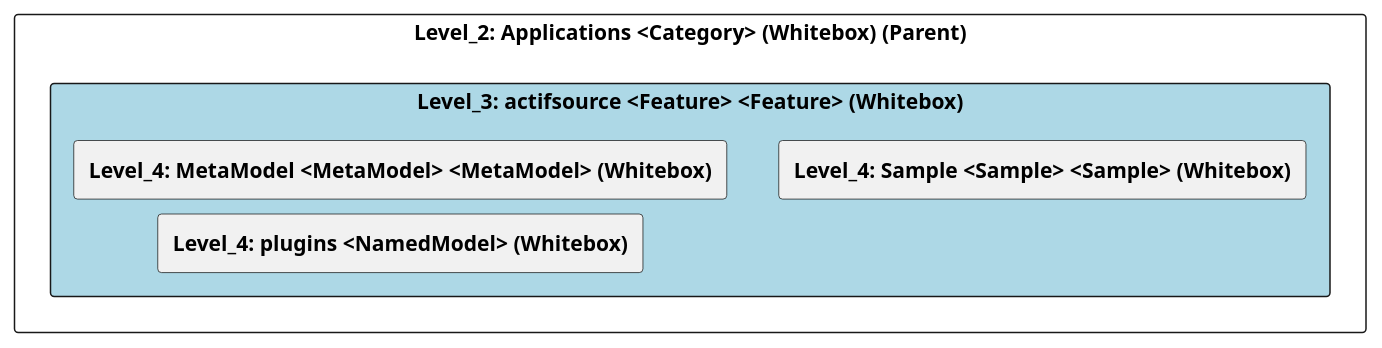
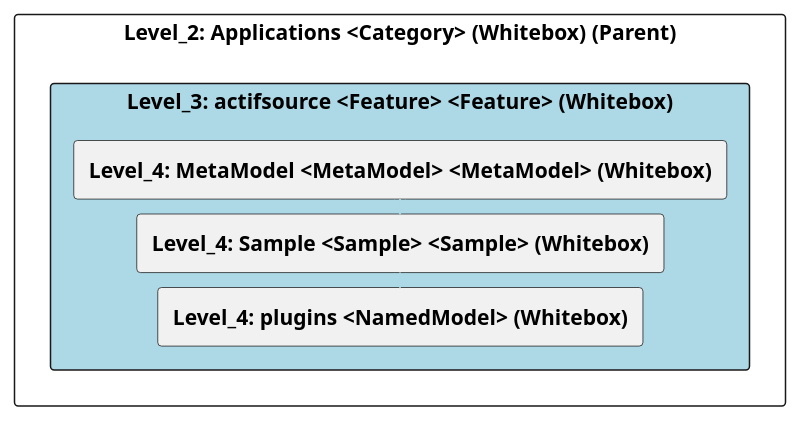
The diagram in doc/cleonproject_deliverables_architecture_model_architecture/adoc/de/05_bausteinsicht/cleon/applications/actifsource/ebene_3_actifsource.adoc (marcozwyssig/cleon), drawn with PlantUML before and after one commit. The commit also changed other lines of this file and 187 other files, not shown here.

```diff
--- a/doc/cleonproject_deliverables_architecture_model_architecture/adoc/de/05_bausteinsicht/cleon/applications/actifsource/ebene_3_actifsource.adoc
+++ b/doc/cleonproject_deliverables_architecture_model_architecture/adoc/de/05_bausteinsicht/cleon/applications/actifsource/ebene_3_actifsource.adoc
@@ -20,26 +20,30 @@
 [plantuml, Level_3: actifsource <Feature> <Feature> (Whitebox)BlockOverview, format="svg"]
 ----
 @startuml Level_3: actifsource <Feature> <Feature> (Whitebox)BuildingBlockOverview
 
 skinparam ranksep 10
 skinparam componentStyle rectangle
 skinparam shadowing false
 skinparam arrowColor lightblue
 skinparam arrowThickness 1.2
 skinparam rectangle {
   BackgroundColor White
   BorderColor #333
   RoundCorner 10
 }
 top to bottom direction
 
 component "Level_2: Applications <Category> (Whitebox) (Parent)" {
     component "Level_3: actifsource <Feature> <Feature> (Whitebox)" #lightblue {
         [**Level_4: MetaModel <MetaModel> <MetaModel> (Whitebox)**] as 4A56DE43_D579_11EE_903E_9F564E4DE07E
         [**Level_4: Sample <Sample> <Sample> (Whitebox)**] as 4A570568_D579_11EE_903E_9F564E4DE07E
         [**Level_4: plugins <NamedModel> (Whitebox)**] as 4A56DE4E_D579_11EE_903E_9F564E4DE07E
     }
+
+    4A56DE43_D579_11EE_903E_9F564E4DE07E -down-> 4A570568_D579_11EE_903E_9F564E4DE07E
+    4A570568_D579_11EE_903E_9F564E4DE07E -down-> 4A56DE4E_D579_11EE_903E_9F564E4DE07E
+    
 }
 
 @enduml
 ----
```
